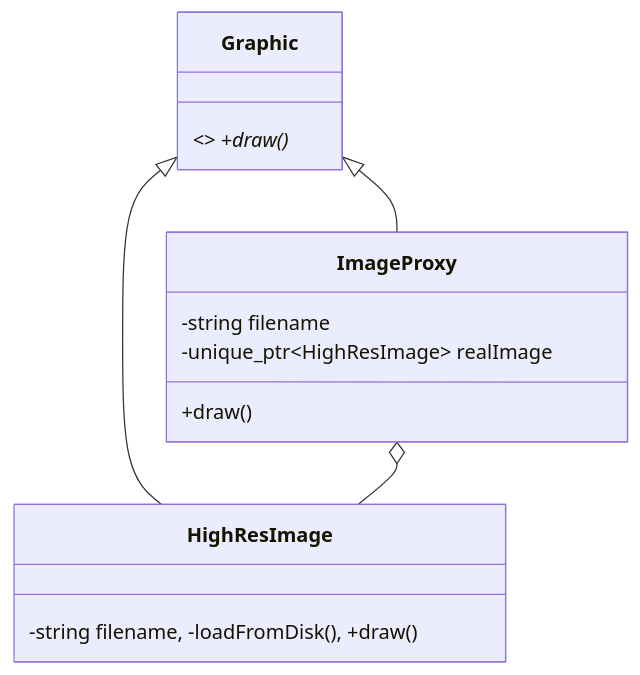
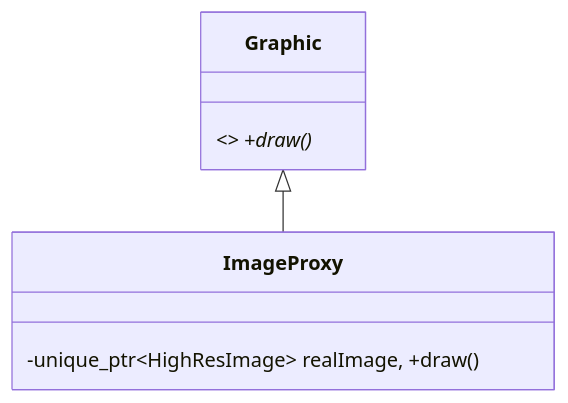
Diagram 15 of 22 in readme.md (divyap271/systemDesign), drawn with Mermaid before and after one commit. The commit also changed other lines of this file, not shown here.

````diff
--- a/readme.md
+++ b/readme.md
@@ -312,13 +199,6 @@
 ```mermaid
 classDiagram
     class Graphic { <<interface>> +draw()* }
-    class HighResImage { -string filename, -loadFromDisk(), +draw() }
-    class ImageProxy {
-        -string filename
-        -unique_ptr~HighResImage~ realImage
-        +draw()
-    }
-    Graphic <|-- HighResImage
+    class ImageProxy { -unique_ptr~HighResImage~ realImage, +draw() }
     Graphic <|-- ImageProxy
-    ImageProxy o-- HighResImage
 ```
````
